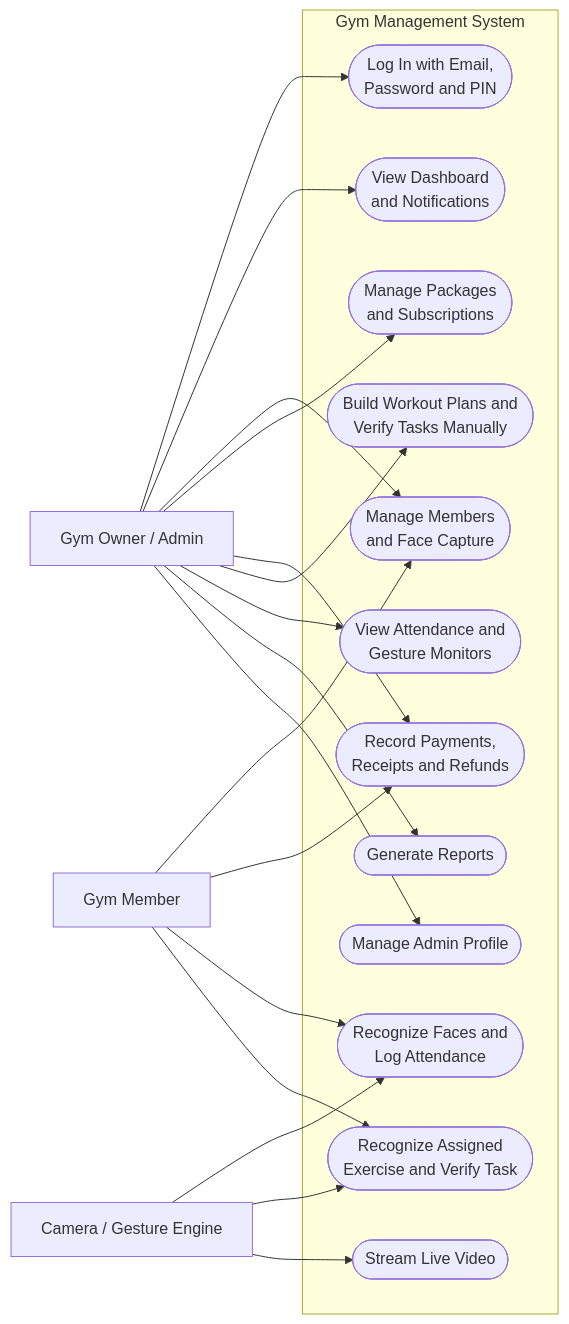
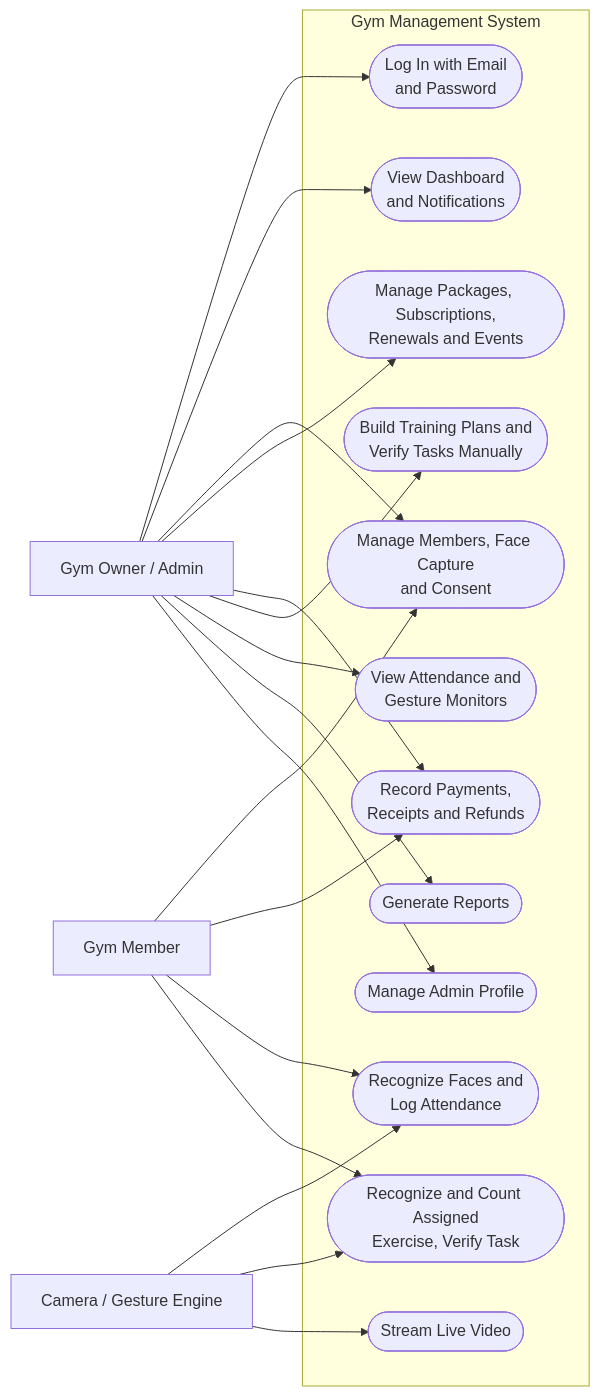
The first of 4 diagrams in DOCUMENTATION/USECASE DIAGRAM/usecase.md (Plonteras191/GYM2-CAPSTONE), drawn with Mermaid before and after one commit. The commit also changed other lines of this file and 10 other files, not shown here.

First line of the commit message:
docs(diagrams): update the DOCUMENTATION diagram write-ups to the current system

````diff
--- a/DOCUMENTATION/USECASE DIAGRAM/usecase.md
+++ b/DOCUMENTATION/USECASE DIAGRAM/usecase.md
@@ -11,40 +13,40 @@
 ```mermaid
 flowchart LR
     Admin["Gym Owner / Admin"]
     Camera["Camera / Gesture Engine"]
     Member["Gym Member"]
 
     subgraph Boundary ["Gym Management System"]
-        UC1(["Log In with Email,<br/>Password and PIN"])
+        UC1(["Log In with Email<br/>and Password"])
         UC2(["View Dashboard<br/>and Notifications"])
-        UC3(["Manage Members<br/>and Face Capture"])
-        UC4(["Manage Packages<br/>and Subscriptions"])
+        UC3(["Manage Members, Face Capture<br/>and Consent"])
+        UC4(["Manage Packages, Subscriptions,<br/>Renewals and Events"])
         UC5(["Record Payments,<br/>Receipts and Refunds"])
-        UC6(["Build Workout Plans and<br/>Verify Tasks Manually"])
+        UC6(["Build Training Plans and<br/>Verify Tasks Manually"])
         UC7(["View Attendance and<br/>Gesture Monitors"])
         UC8(["Generate Reports"])
         UC9(["Manage Admin Profile"])
         UC10(["Recognize Faces and<br/>Log Attendance"])
-        UC11(["Recognize Assigned<br/>Exercise and Verify Task"])
+        UC11(["Recognize and Count Assigned<br/>Exercise, Verify Task"])
         UC12(["Stream Live Video"])
     end
 
     Admin --> UC1
     Admin --> UC2
     Admin --> UC3
     Admin --> UC4
     Admin --> UC5
     Admin --> UC6
     Admin --> UC7
     Admin --> UC8
     Admin --> UC9
 
     Camera --> UC10
     Camera --> UC11
     Camera --> UC12
 
     Member --> UC3
     Member --> UC5
     Member --> UC10
     Member --> UC11
 ```
````
